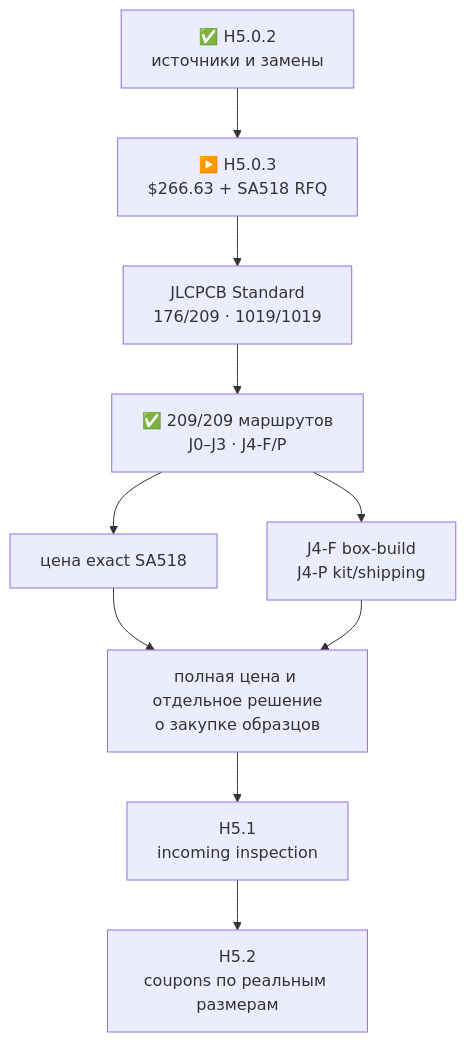
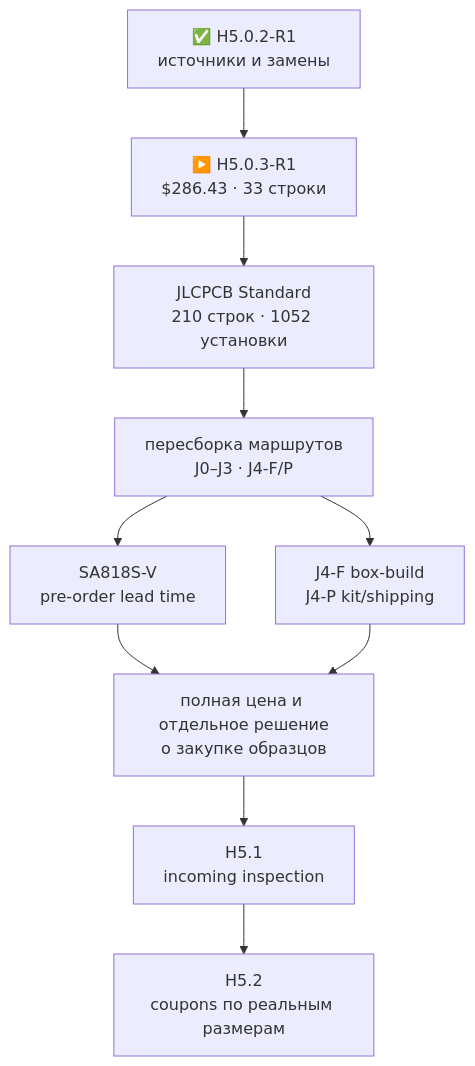
Before and after one commit to anton-vinogradov/esp32-leshy2: the diagram in docs/component-sample-basket.ru.md, drawn with Mermaid. The commit also changed other lines of this file and 24 other files, not shown here.

````diff
--- a/docs/component-sample-basket.ru.md
+++ b/docs/component-sample-basket.ru.md
@@ -11,12 +7,12 @@
 ```mermaid
 flowchart TD
-  R["✅ H5.0.2<br/>источники и замены"] --> B["▶️ H5.0.3<br/>$266.63 + SA518 RFQ"]
-  B --> P["JLCPCB Standard<br/>176/209 · 1019/1019"]
-  P --> Q["✅ 209/209 маршрутов<br/>J0–J3 · J4-F/P"]
-  Q --> S["цена exact SA518"]
+  R["✅ H5.0.2-R1<br/>источники и замены"] --> B["▶️ H5.0.3-R1<br/>$286.43 · 33 строки"]
+  B --> P["JLCPCB Standard<br/>210 строк · 1052 установки"]
+  P --> Q["пересборка маршрутов<br/>J0–J3 · J4-F/P"]
+  Q --> S["SA818S-V<br/>pre-order lead time"]
   Q --> X["J4-F box-build<br/>J4-P kit/shipping"]
   S --> A["полная цена и отдельное решение<br/>о закупке образцов"]
   X --> A
   A --> H51["H5.1<br/>incoming inspection"]
   H51 --> H52["H5.2<br/>coupons по реальным размерам"]
 ```
````
